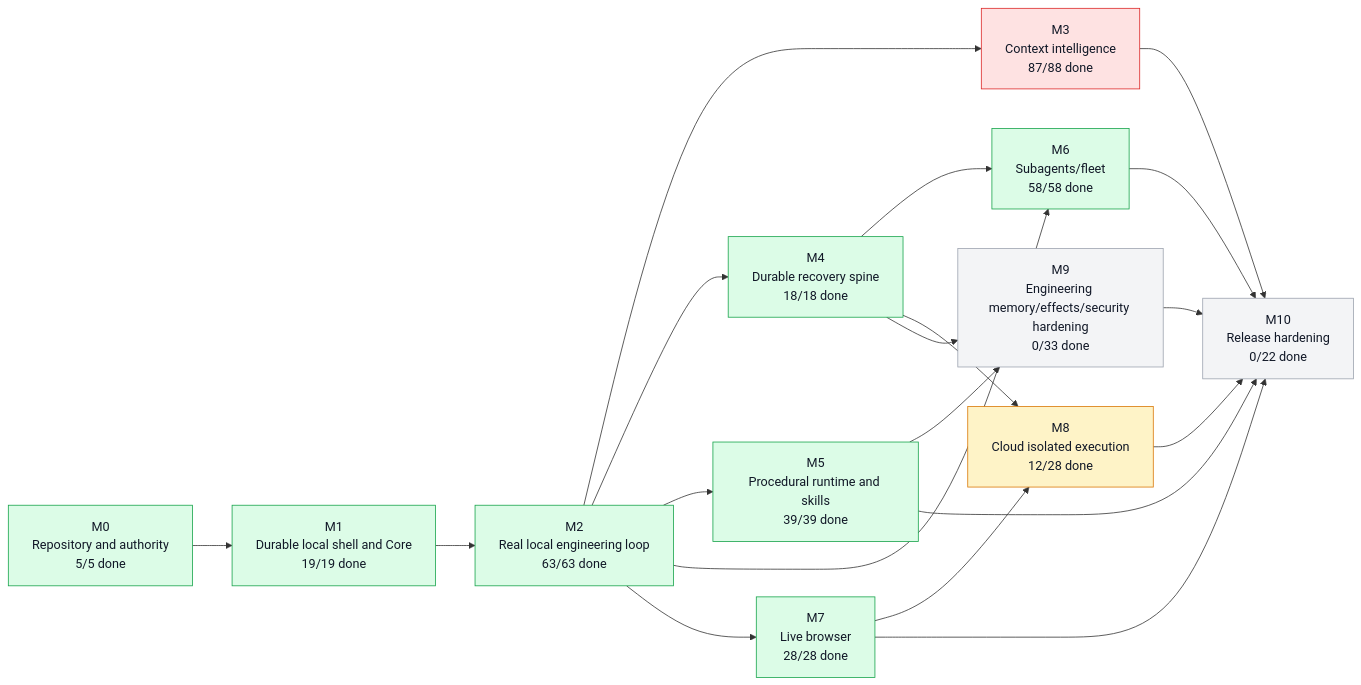
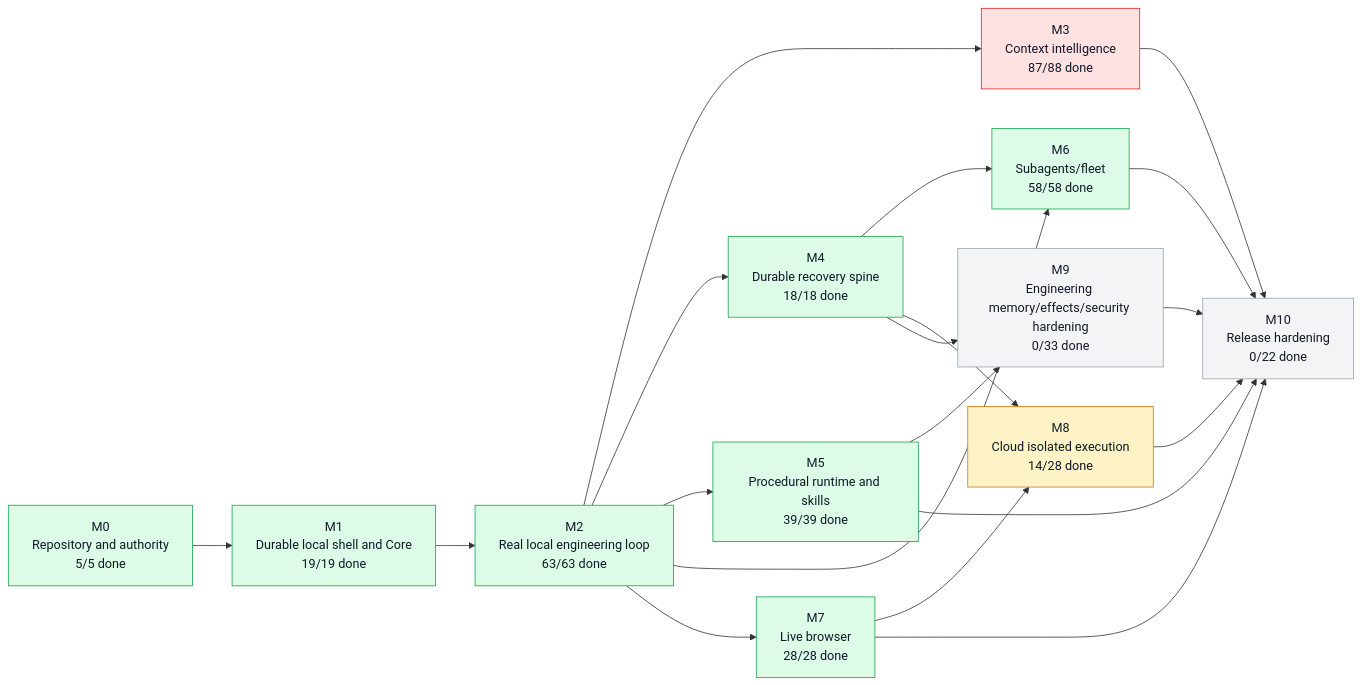
One commit to moss101/modbit changed the first of 5 diagrams in graph/PROJECT_GRAPH.md. Above: the diagram before and after it, drawn with Mermaid. The commit also changed other lines of this file and 10 other files, not shown here.

````diff
--- a/graph/PROJECT_GRAPH.md
+++ b/graph/PROJECT_GRAPH.md
@@ -57,43 +57,43 @@
 ```mermaid
 flowchart LR
   M0["M0<br/>Repository and authority<br/>5/5 done"]
   M1["M1<br/>Durable local shell and Core<br/>19/19 done"]
   M2["M2<br/>Real local engineering loop<br/>63/63 done"]
   M3["M3<br/>Context intelligence<br/>87/88 done"]
   M4["M4<br/>Durable recovery spine<br/>18/18 done"]
   M5["M5<br/>Procedural runtime and skills<br/>39/39 done"]
   M6["M6<br/>Subagents/fleet<br/>58/58 done"]
   M7["M7<br/>Live browser<br/>28/28 done"]
-  M8["M8<br/>Cloud isolated execution<br/>12/28 done"]
+  M8["M8<br/>Cloud isolated execution<br/>14/28 done"]
   M9["M9<br/>Engineering memory/effects/security hardening<br/>0/33 done"]
   M10["M10<br/>Release hardening<br/>0/22 done"]
   M0 --> M1
   M1 --> M2
   M2 --> M3
   M2 --> M4
   M2 --> M5
   M2 --> M6
   M4 --> M6
   M2 --> M7
   M4 --> M8
   M7 --> M8
   M4 --> M9
   M5 --> M9
   M3 --> M10
   M5 --> M10
   M6 --> M10
   M7 --> M10
   M8 --> M10
   M9 --> M10
   style M0 fill:#dcfce7,stroke:#16a34a,color:#111827
   style M1 fill:#dcfce7,stroke:#16a34a,color:#111827
   style M2 fill:#dcfce7,stroke:#16a34a,color:#111827
   style M3 fill:#fee2e2,stroke:#dc2626,color:#111827
   style M4 fill:#dcfce7,stroke:#16a34a,color:#111827
   style M5 fill:#dcfce7,stroke:#16a34a,color:#111827
   style M6 fill:#dcfce7,stroke:#16a34a,color:#111827
   style M7 fill:#dcfce7,stroke:#16a34a,color:#111827
   style M8 fill:#fef3c7,stroke:#d97706,color:#111827
   style M9 fill:#f3f4f6,stroke:#9ca3af,color:#111827
   style M10 fill:#f3f4f6,stroke:#9ca3af,color:#111827
 ```
````
